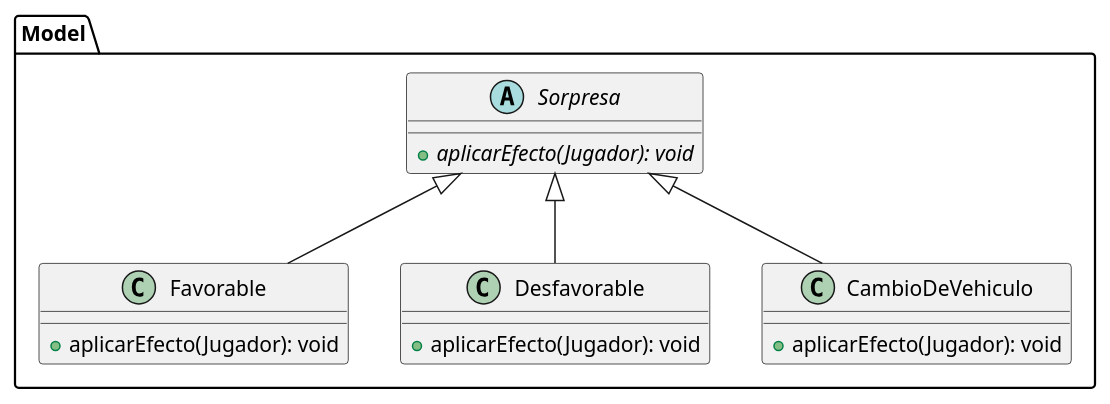
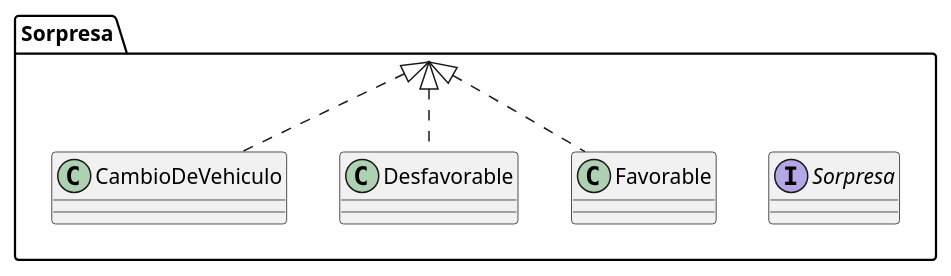
Before and after one commit to TP2Algo3FIUBA/tp2: the diagram in diagrams/classes/sorpresa.plantuml, drawn with PlantUML. The commit also changed 6 other files, not shown here.

Commit message:
Modelado de Entrega 1      - Diagrama de clase del modelo actual      - Diagrama de paquete

```diff
--- a/diagrams/classes/sorpresa.plantuml
+++ b/diagrams/classes/sorpresa.plantuml
@@ -1,32 +1,23 @@
 @startuml
 
-package Model {
-        abstract  class Sorpresa {
+package Sorpresa {
+       interface Sorpresa {
                 
-                + {abstract} aplicarEfecto(Jugador): void
+
         }
+        class Favorable {
+
+                }
+        class Desfavorable {
+
+                }
+        class CambioDeVehiculo {
+
+                }
 }
 
-package Model {
-        class Favorable {
-               + aplicarEfecto(Jugador): void
-        }
-}
-
-package Model {
-        class Desfavorable {
-               + aplicarEfecto(Jugador): void
-        }
-}
-
-package Model {
-        class CambioDeVehiculo {
-             + aplicarEfecto(Jugador): void
-        }
-}
-
-Sorpresa <|-- Favorable
-Sorpresa <|-- Desfavorable
-Sorpresa <|-- CambioDeVehiculo
+Sorpresa <|.. Favorable
+Sorpresa <|.. Desfavorable
+Sorpresa <|.. CambioDeVehiculo
 
 @enduml
```
